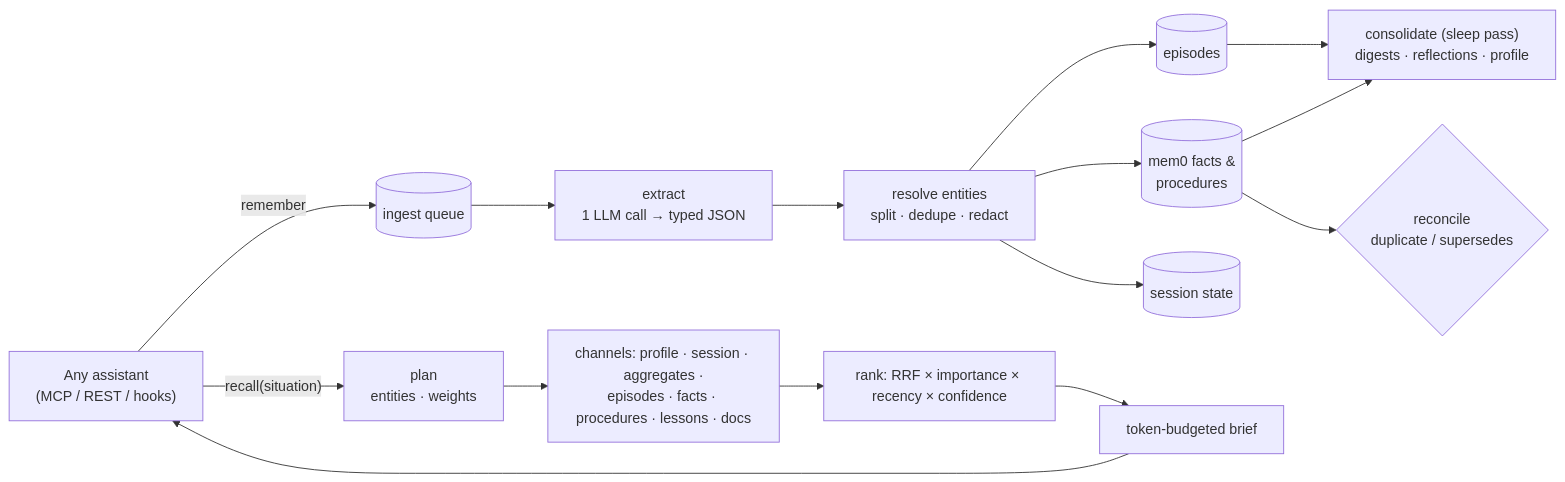
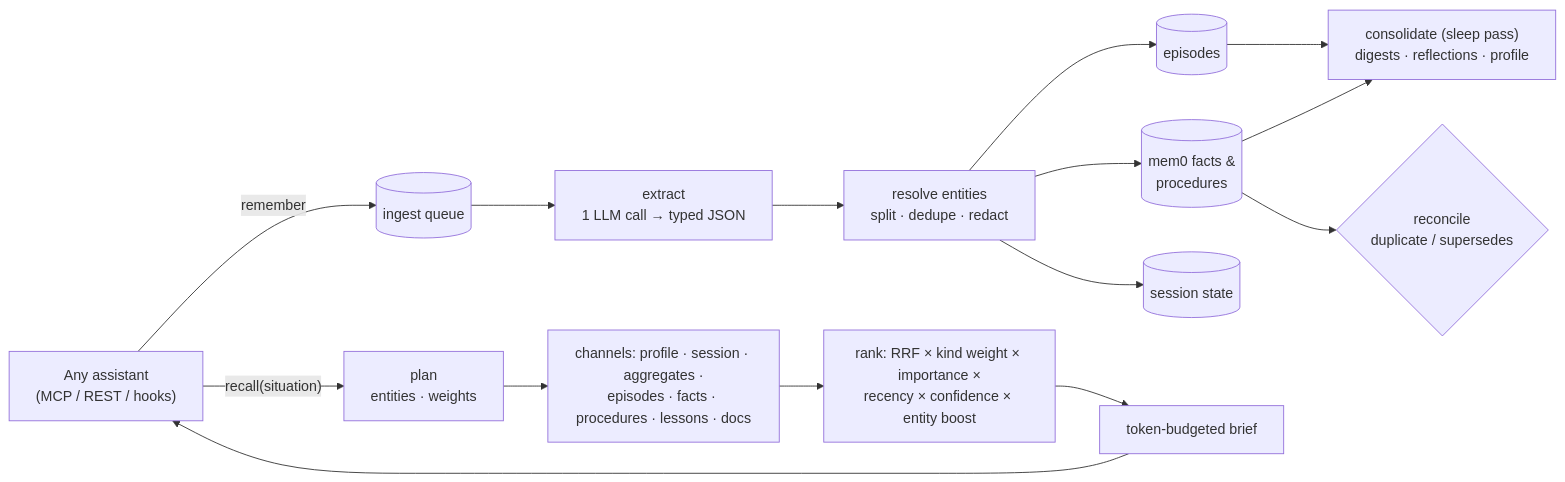
One commit to mohammed-usmani/engram changed the diagram in README.md. Above: the diagram before and after it, drawn with Mermaid. The commit also changed other lines of this file and 1 other file, not shown here.

````diff
--- a/README.md
+++ b/README.md
@@ -75,15 +80,15 @@
 ```mermaid
 flowchart LR
     A["Any assistant<br/>(MCP / REST / hooks)"] -- remember --> Q[(ingest queue)]
     Q --> X["extract<br/>1 LLM call → typed JSON"]
     X --> R["resolve entities<br/>split · dedupe · redact"]
     R --> E[(episodes)]
     R --> F[(mem0 facts &<br/>procedures)]
     R --> S[(session state)]
     F --> C{"reconcile<br/>duplicate / supersedes"}
     E & F --> Z["consolidate (sleep pass)<br/>digests · reflections · profile"]
     A -- "recall(situation)" --> P["plan<br/>entities · weights"]
     P --> CH["channels: profile · session · aggregates ·<br/>episodes · facts · procedures · lessons · docs"]
-    CH --> K["rank: RRF × importance × recency × confidence"]
+    CH --> K["rank: RRF × kind weight × importance ×<br/>recency × confidence × entity boost"]
     K --> B["token-budgeted brief"] --> A
 ```
````
